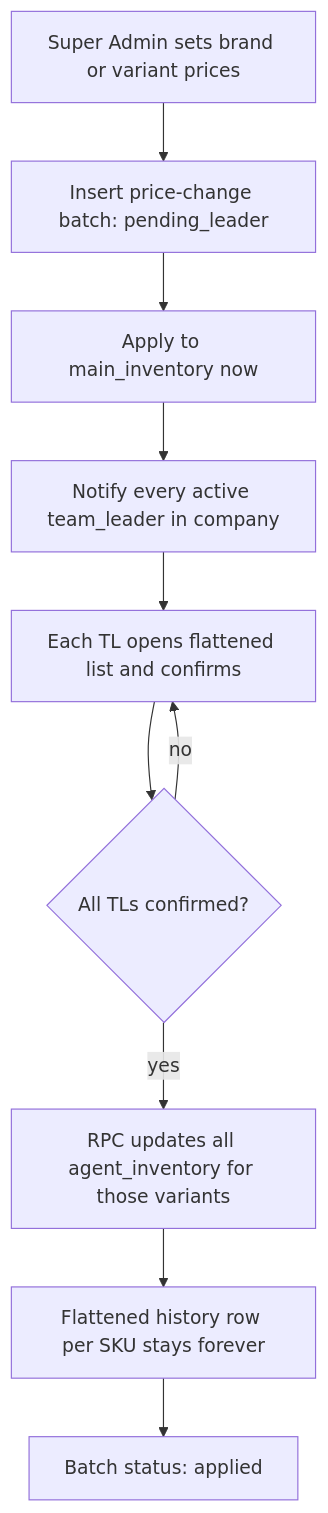
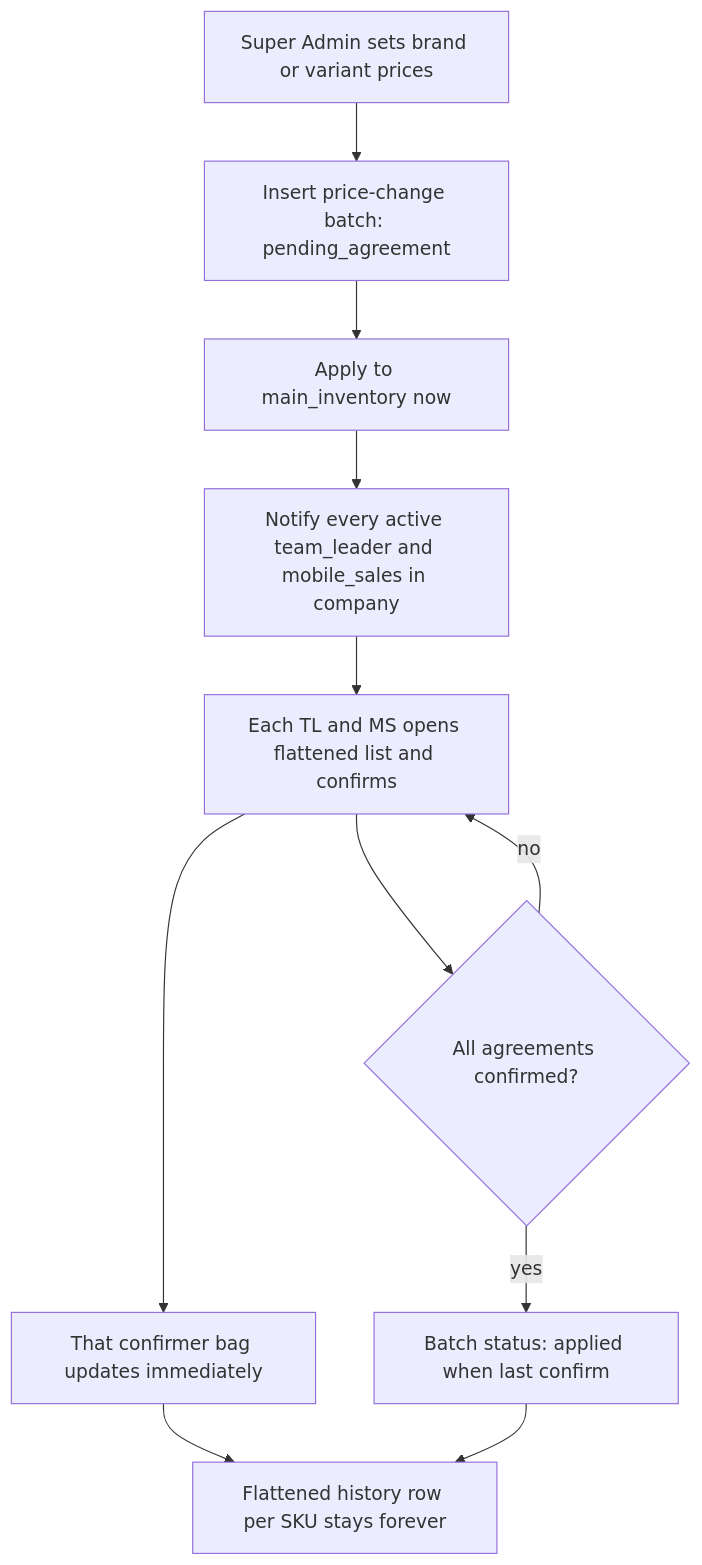
One commit to Itdepartment-b1g/B1G_Ordering_System_V2 changed the diagram in docs/company-price-update-tl-agreement-plan.md. Above: the diagram before and after it, drawn with Mermaid. The commit also changed other lines of this file and 19 other files, not shown here.

First line of the commit message:
Update Company Price Agreement Process and Enhance Inventory Navigation

````diff
--- a/docs/company-price-update-tl-agreement-plan.md
+++ b/docs/company-price-update-tl-agreement-plan.md
@@ -74,16 +87,20 @@
 ```mermaid
 flowchart TD
   SA[Super Admin sets brand or variant prices]
-  Batch[Insert price-change batch: pending_leader]
+  Batch[Insert price-change batch: pending_agreement]
   Main[Apply to main_inventory now]
-  Notify[Notify every active team_leader in company]
-  TL[Each TL opens flattened list and confirms]
-  Wait{All TLs confirmed?}
-  Agents[RPC updates all agent_inventory for those variants]
+  Notify[Notify every active team_leader and mobile_sales in company]
+  Field[Each TL and MS opens flattened list and confirms]
+  Wait{All agreements confirmed?}
+  Agents[That confirmer bag updates immediately]
   Hist[Flattened history row per SKU stays forever]
-  Done[Batch status: applied]
+  Done[Batch status: applied when last confirm]
 
-  SA --> Batch --> Main --> Notify --> TL --> Wait
-  Wait -->|no| TL
-  Wait -->|yes| Agents --> Hist --> Done
+  SA --> Batch --> Main --> Notify --> Field
+  Field --> Agents
+  Field --> Wait
+  Wait -->|no| Field
+  Wait -->|yes| Done
+  Agents --> Hist
+  Done --> Hist
 ```
````
